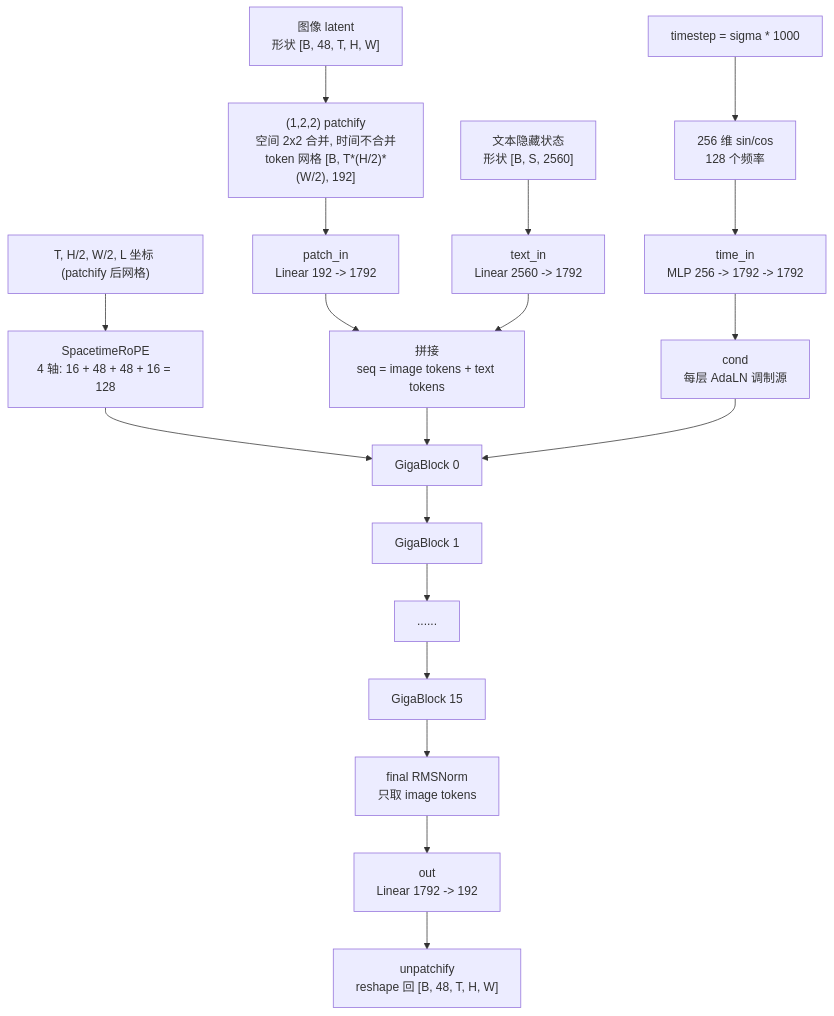
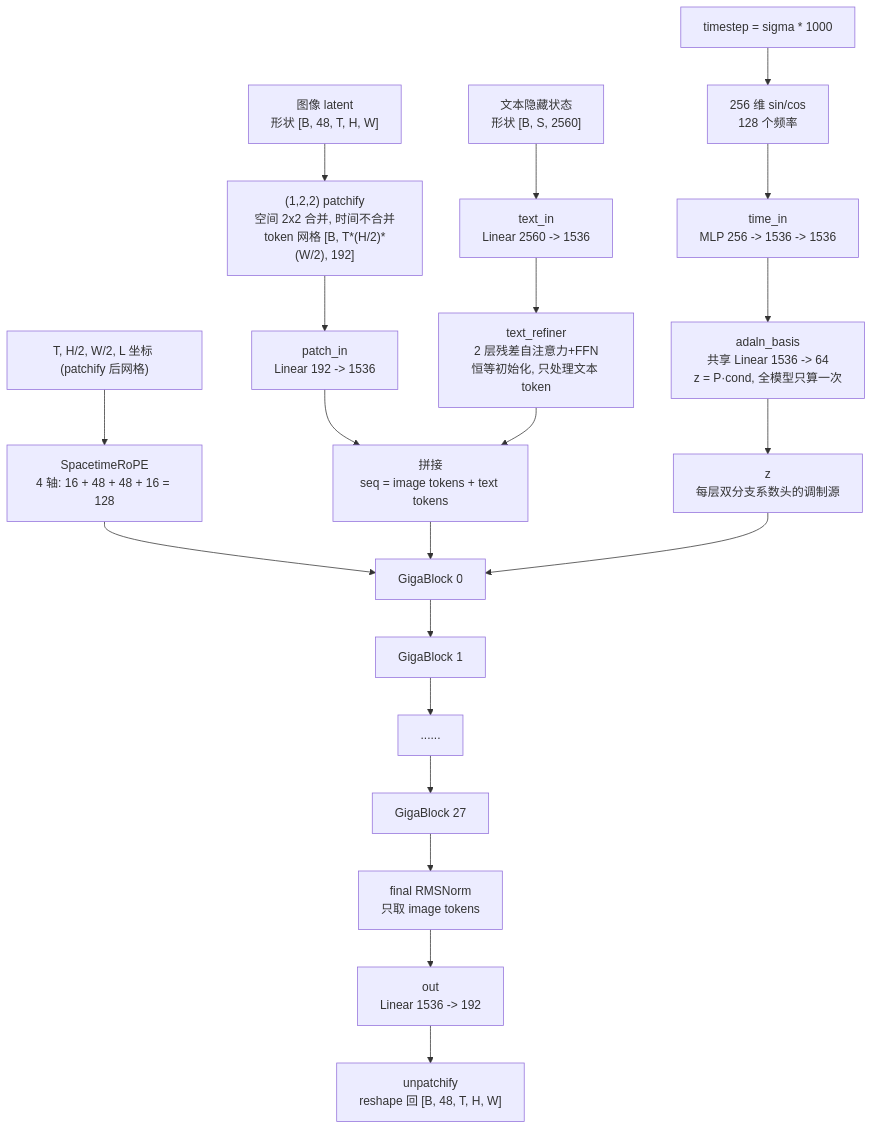
Before and after one commit to Yvonne-OH/OpenUniDit: the second of 3 diagrams in docs/giga_exp_architecture.md, drawn with Mermaid. The commit also changed other lines of this file and 14 other files, not shown here.

First line of the commit message:
feat(adaln): 训练/推理默认切换 basis r=64 共享基 AdaLN, 旧 ckpt 自动低秩转换

````diff
--- a/docs/giga_exp_architecture.md
+++ b/docs/giga_exp_architecture.md
@@ -55,21 +57,23 @@
 ```mermaid
 flowchart TB
     X["图像 latent<br/>形状 [B, 48, T, H, W]"] --> PATCH["(1,2,2) patchify<br/>空间 2x2 合并, 时间不合并<br/>token 网格 [B, T*(H/2)*(W/2), 192]"]
-    PATCH --> PI["patch_in<br/>Linear 192 -> 1792"]
-    TXT["文本隐藏状态<br/>形状 [B, S, 2560]"] --> TI["text_in<br/>Linear 2560 -> 1792"]
+    PATCH --> PI["patch_in<br/>Linear 192 -> 1536"]
+    TXT["文本隐藏状态<br/>形状 [B, S, 2560]"] --> TI["text_in<br/>Linear 2560 -> 1536"]
+    TI --> TR["text_refiner<br/>2 层残差自注意力+FFN<br/>恒等初始化, 只处理文本 token"]
     PI --> CAT["拼接<br/>seq = image tokens + text tokens"]
-    TI --> CAT
+    TR --> CAT
     TS["timestep = sigma * 1000"] --> FR["256 维 sin/cos<br/>128 个频率"]
-    FR --> TIN["time_in<br/>MLP 256 -> 1792 -> 1792"]
-    TIN --> MOD["cond<br/>每层 AdaLN 调制源"]
+    FR --> TIN["time_in<br/>MLP 256 -> 1536 -> 1536"]
+    TIN --> BAS["adaln_basis<br/>共享 Linear 1536 -> 64<br/>z = P·cond, 全模型只算一次"]
+    BAS --> MOD["z<br/>每层双分支系数头的调制源"]
     POS["T, H/2, W/2, L 坐标 (patchify 后网格)"] --> ROPE["SpacetimeRoPE<br/>4 轴: 16 + 48 + 48 + 16 = 128"]
     ROPE --> B0["GigaBlock 0"]
     CAT --> B0
     MOD --> B0
     B0 --> B1["GigaBlock 1"]
     B1 --> BD["......"]
-    BD --> B15["GigaBlock 15"]
-    B15 --> NORM["final RMSNorm<br/>只取 image tokens"]
-    NORM --> OUT["out<br/>Linear 1792 -> 192"]
+    BD --> B27["GigaBlock 27"]
+    B27 --> NORM["final RMSNorm<br/>只取 image tokens"]
+    NORM --> OUT["out<br/>Linear 1536 -> 192"]
     OUT --> UNPATCH["unpatchify<br/>reshape 回 [B, 48, T, H, W]"]
 ```
````
